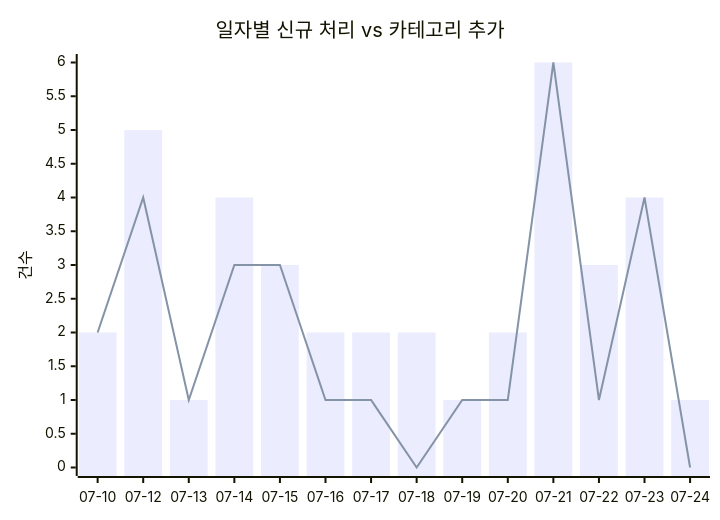
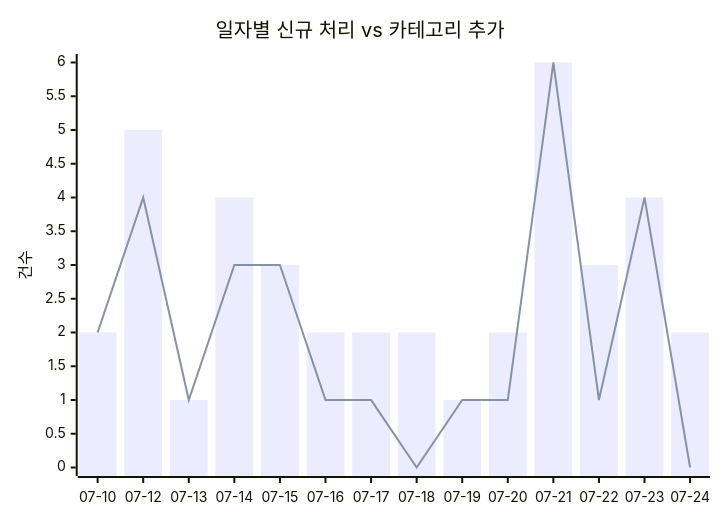
Before and after one commit to J-nowcow/awesome-korean-agent-skills: the first of 2 diagrams in docs/trends.md, drawn with Mermaid. The commit also changed other lines of this file and 2 other files, not shown here.

````diff
--- a/docs/trends.md
+++ b/docs/trends.md
@@ -32,8 +32,8 @@
 ```mermaid
 xychart-beta
     title "일자별 신규 처리 vs 카테고리 추가"
     x-axis ["07-10","07-12","07-13","07-14","07-15","07-16","07-17","07-18","07-19","07-20","07-21","07-22","07-23","07-24"]
     y-axis "건수"
-    bar [2,5,1,4,3,2,2,2,1,2,6,3,4,1]
+    bar [2,5,1,4,3,2,2,2,1,2,6,3,4,2]
     line [2,4,1,3,3,1,1,0,1,1,6,1,4,0]
 ```
````
